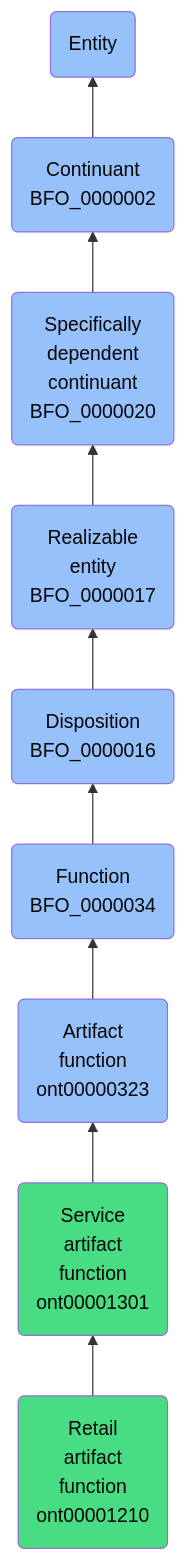
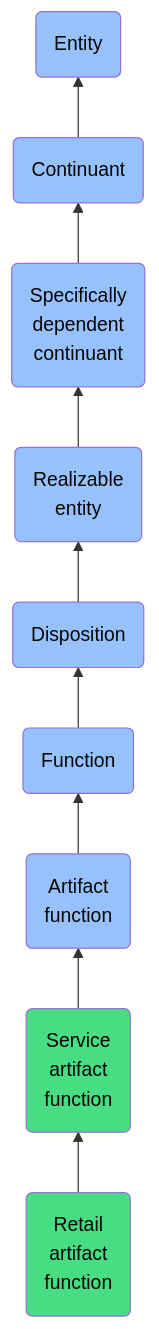
Before and after one commit to jupyter-naas/abi: the diagram in docs/ontology/reference/model/Entity/Continuant/Specifically dependent continuant/Realizable entity/Disposition/Function/Artifact function/Service artifact function/Retail artifact function/Retail artifact function.md, drawn with Mermaid. The commit also changed other lines of this file and 1430 other files, not shown here.

````diff
--- a/docs/ontology/reference/model/Entity/Continuant/Specifically dependent continuant/Realizable entity/Disposition/Function/Artifact function/Service artifact function/Retail artifact function/Retail artifact function.md
+++ b/docs/ontology/reference/model/Entity/Continuant/Specifically dependent continuant/Realizable entity/Disposition/Function/Artifact function/Service artifact function/Retail artifact function/Retail artifact function.md
@@ -24,16 +24,16 @@
 ```mermaid
 graph BT
-    ont00001210(Retail<br>artifact<br>function<br>ont00001210):::ABI-->ont00001301
-    ont00001301(Service<br>artifact<br>function<br>ont00001301):::ABI-->ont00000323
-    ont00000323(Artifact<br>function<br>ont00000323):::BFO-->BFO_0000034
-    BFO_0000034(Function<br>BFO_0000034):::BFO-->BFO_0000016
-    BFO_0000016(Disposition<br>BFO_0000016):::BFO-->BFO_0000017
-    BFO_0000017(Realizable<br>entity<br>BFO_0000017):::BFO-->BFO_0000020
-    BFO_0000020(Specifically<br>dependent<br>continuant<br>BFO_0000020):::BFO-->BFO_0000002
-    BFO_0000002(Continuant<br>BFO_0000002):::BFO-->BFO_0000001
+    ont00001210(Retail<br>artifact<br>function):::ABI-->ont00001301
+    ont00001301(Service<br>artifact<br>function):::ABI-->ont00000323
+    ont00000323(Artifact<br>function):::BFO-->BFO_0000034
+    BFO_0000034(Function):::BFO-->BFO_0000016
+    BFO_0000016(Disposition):::BFO-->BFO_0000017
+    BFO_0000017(Realizable<br>entity):::BFO-->BFO_0000020
+    BFO_0000020(Specifically<br>dependent<br>continuant):::BFO-->BFO_0000002
+    BFO_0000002(Continuant):::BFO-->BFO_0000001
     BFO_0000001(Entity):::BFO
     
     classDef BFO fill:#97c1fb,color:#060606
     classDef CCO fill:#e4c51e,color:#060606
     classDef ABI fill:#48DD82,color:#060606
 ```
````
